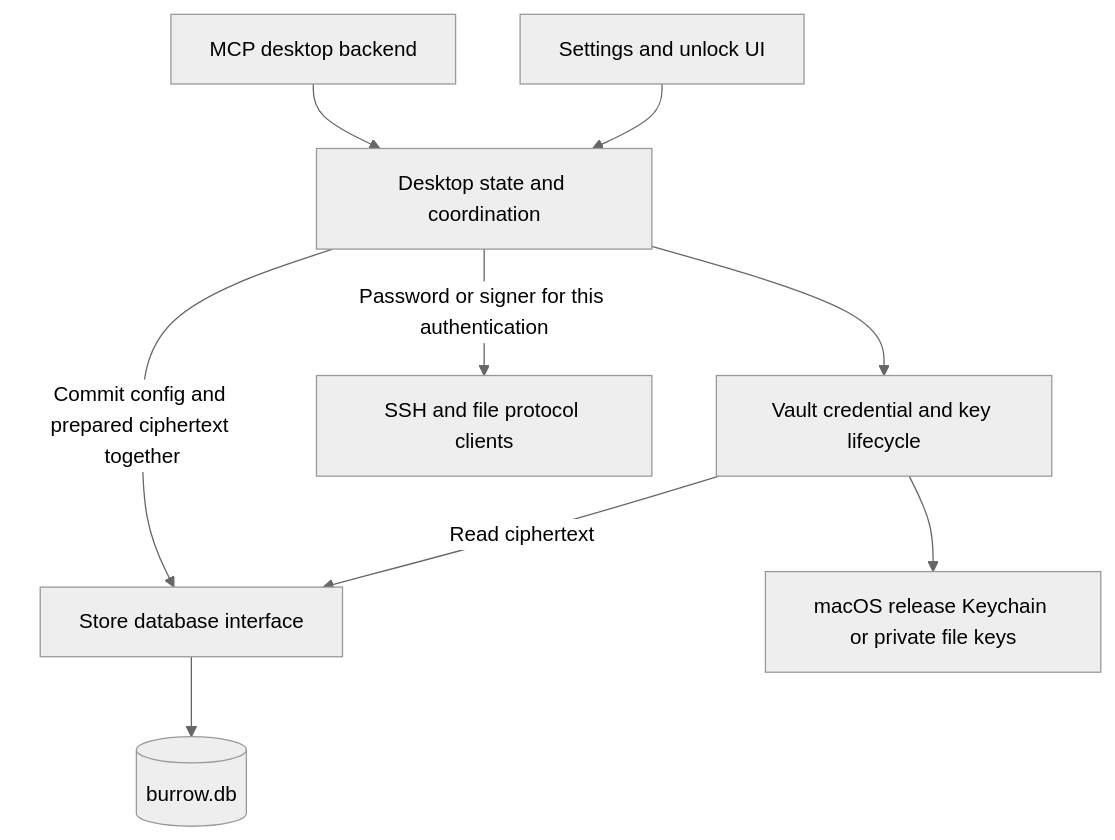
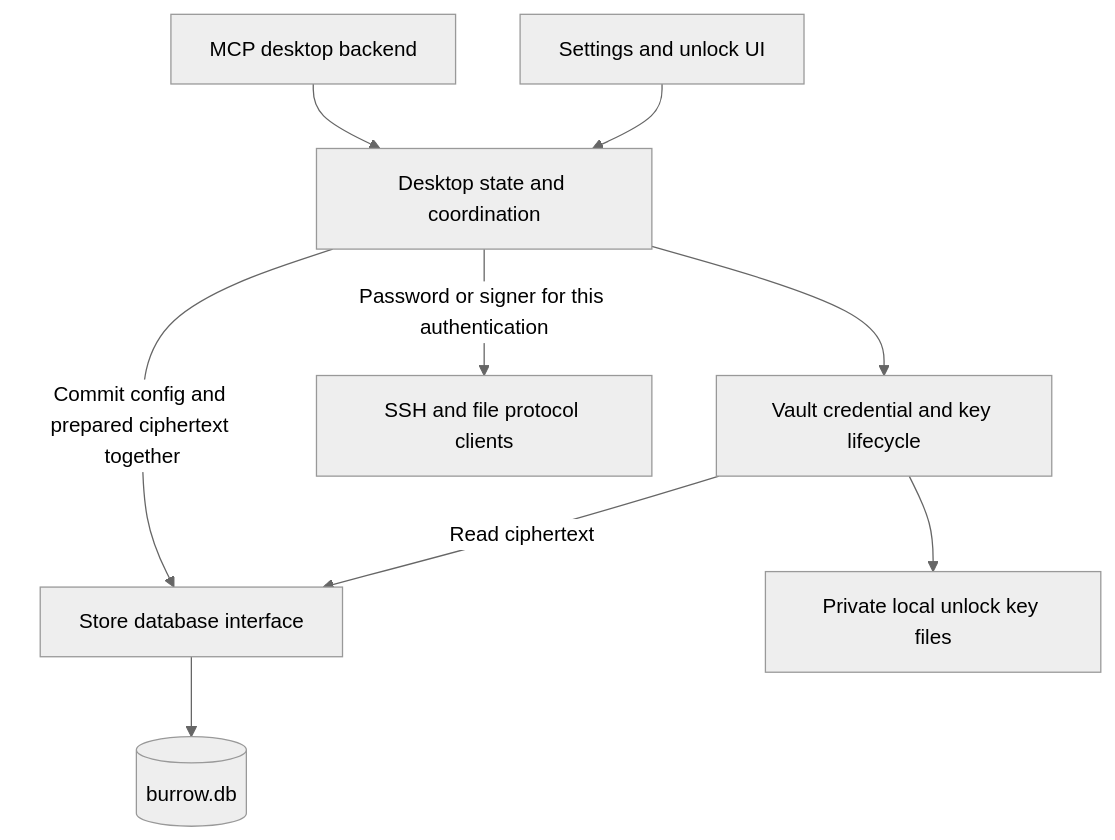
One commit to zeroy1024/Burrow changed the second of 2 diagrams in docs/credential-vault-plan.md. Above: the diagram before and after it, drawn with Mermaid (neutral theme). The commit also changed other lines of this file and 11 other files, not shown here.

```diff
--- a/docs/credential-vault-plan.md
+++ b/docs/credential-vault-plan.md
@@ -149,11 +149,11 @@
 ~~~mermaid
 flowchart TD
     UI[Settings and unlock UI] --> APP[Desktop state and coordination]
     MCP[MCP desktop backend] --> APP
     APP --> V[Vault credential and key lifecycle]
     V -->|Read ciphertext| S[Store database interface]
     APP -->|Commit config and prepared ciphertext together| S
     S --> DB[(burrow.db)]
-    V --> L[macOS release Keychain or private file keys]
+    V --> L[Private local unlock key files]
     APP -->|Password or signer for this authentication| CLIENT[SSH and file protocol clients]
 ~~~
```
